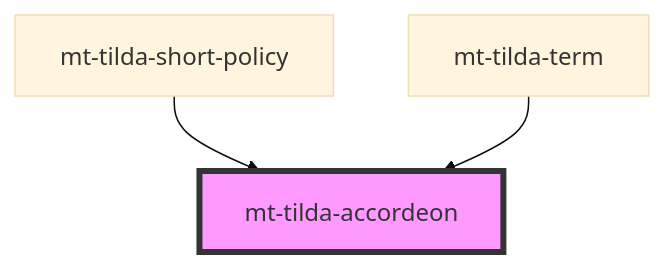
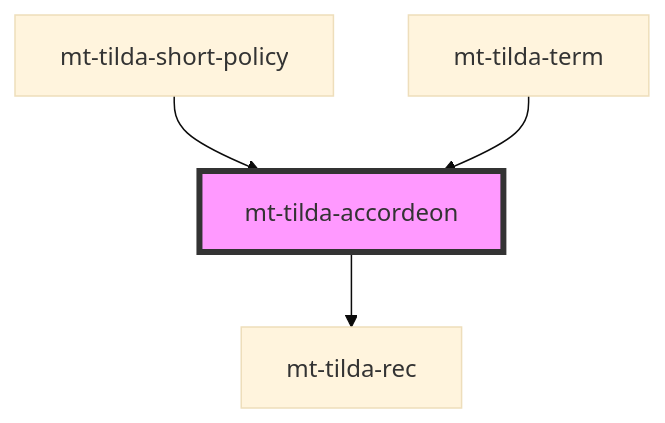
Before and after one commit to elpupi/stencil: the diagram in src/components/tilda/tilda-accordeon/readme.md, drawn with Mermaid (base theme). The commit also changed other lines of this file and 21 other files, not shown here.

````diff
--- a/src/components/tilda/tilda-accordeon/readme.md
+++ b/src/components/tilda/tilda-accordeon/readme.md
@@ -16,6 +40,7 @@
 ```mermaid
 graph TD;
+  mt-tilda-accordeon --> mt-tilda-rec
   mt-tilda-short-policy --> mt-tilda-accordeon
   mt-tilda-term --> mt-tilda-accordeon
   style mt-tilda-accordeon fill:#f9f,stroke:#333,stroke-width:4px
 ```
````
